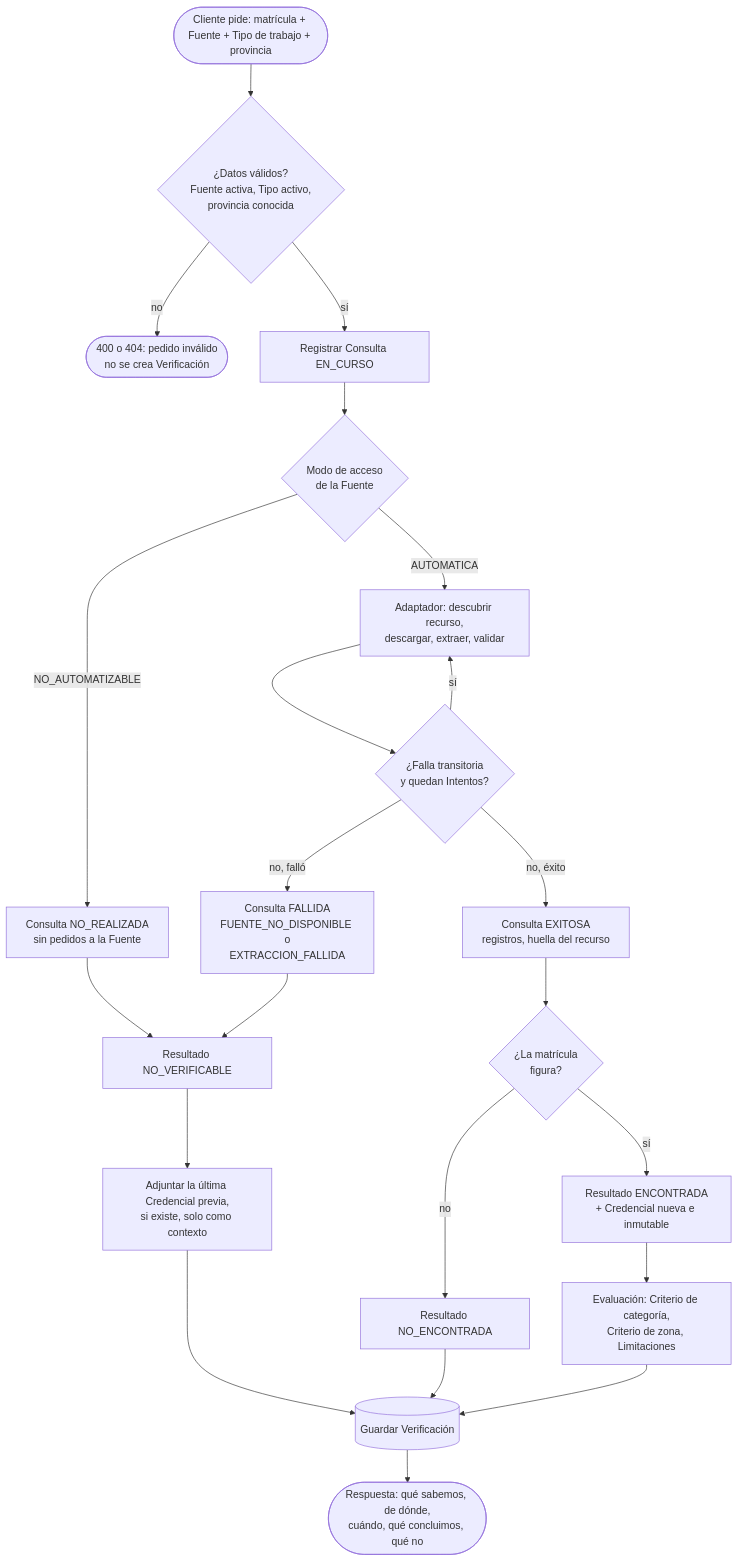
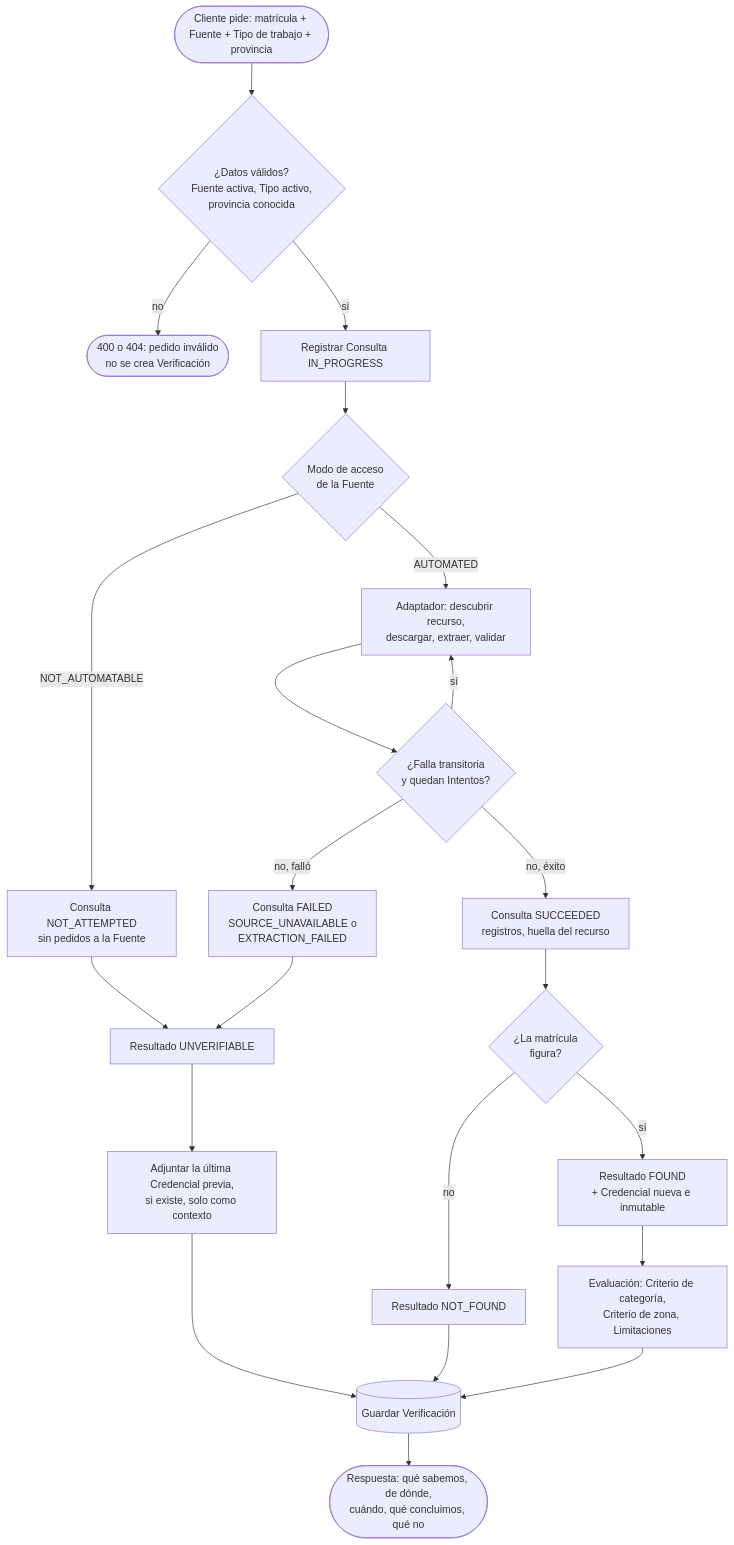
Before and after one commit to IvanDaniliuk01/MatriculAR: the third of 6 diagrams in docs/modelo-de-dominio.md, drawn with Mermaid. The commit also changed other lines of this file and 23 other files, not shown here.

````diff
--- a/docs/modelo-de-dominio.md
+++ b/docs/modelo-de-dominio.md
@@ -170,24 +170,24 @@
 ```mermaid
 flowchart TD
     A([Cliente pide: matrícula + Fuente + Tipo de trabajo + provincia]) --> B{¿Datos válidos?<br/>Fuente activa, Tipo activo,<br/>provincia conocida}
     B -- no --> B1([400 o 404: pedido inválido<br/>no se crea Verificación])
-    B -- sí --> C[Registrar Consulta EN_CURSO]
+    B -- sí --> C[Registrar Consulta IN_PROGRESS]
     C --> D{Modo de acceso<br/>de la Fuente}
-    D -- NO_AUTOMATIZABLE --> E[Consulta NO_REALIZADA<br/>sin pedidos a la Fuente]
-    D -- AUTOMATICA --> F[Adaptador: descubrir recurso,<br/>descargar, extraer, validar]
+    D -- NOT_AUTOMATABLE --> E[Consulta NOT_ATTEMPTED<br/>sin pedidos a la Fuente]
+    D -- AUTOMATED --> F[Adaptador: descubrir recurso,<br/>descargar, extraer, validar]
     F --> G{¿Falla transitoria<br/>y quedan Intentos?}
     G -- sí --> F
-    G -- no, falló --> H[Consulta FALLIDA<br/>FUENTE_NO_DISPONIBLE o<br/>EXTRACCION_FALLIDA]
-    G -- no, éxito --> I[Consulta EXITOSA<br/>registros, huella del recurso]
-    E --> J[Resultado NO_VERIFICABLE]
+    G -- no, falló --> H[Consulta FAILED<br/>SOURCE_UNAVAILABLE o<br/>EXTRACTION_FAILED]
+    G -- no, éxito --> I[Consulta SUCCEEDED<br/>registros, huella del recurso]
+    E --> J[Resultado UNVERIFIABLE]
     H --> J
     I --> K{¿La matrícula<br/>figura?}
-    K -- no --> L[Resultado NO_ENCONTRADA]
-    K -- sí --> M[Resultado ENCONTRADA<br/>+ Credencial nueva e inmutable]
+    K -- no --> L[Resultado NOT_FOUND]
+    K -- sí --> M[Resultado FOUND<br/>+ Credencial nueva e inmutable]
     M --> N[Evaluación: Criterio de categoría,<br/>Criterio de zona, Limitaciones]
     J --> O[Adjuntar la última Credencial previa,<br/>si existe, solo como contexto]
     L --> P[(Guardar Verificación)]
     O --> P
     N --> P
     P --> Q([Respuesta: qué sabemos, de dónde,<br/>cuándo, qué concluimos, qué no])
 ```
````
